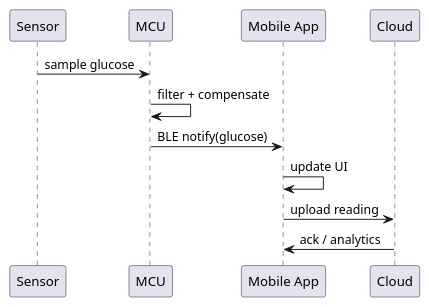
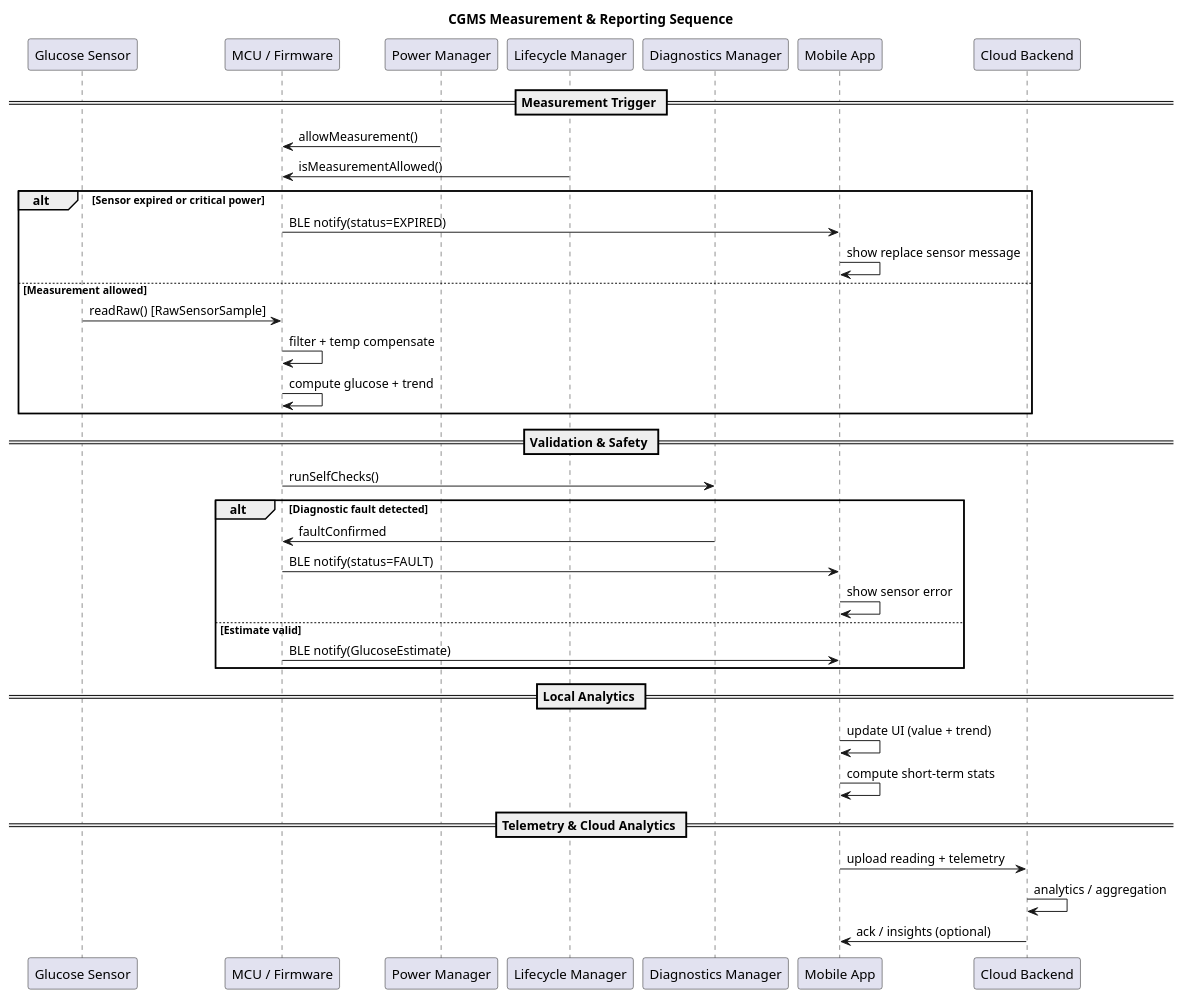
Before and after one commit to spothana/cgms: the diagram in documents/diagrams/uml/cgms_sequence.puml, drawn with PlantUML. The commit also changed 2 other files, not shown here.

```diff
--- a/documents/diagrams/uml/cgms_sequence.puml
+++ b/documents/diagrams/uml/cgms_sequence.puml
@@ -1,14 +1,44 @@
 @startuml cgms_sequence
-participant Sensor
-participant MCU
+title CGMS Measurement & Reporting Sequence
+
+participant "Glucose Sensor" as Sensor
+participant "MCU / Firmware" as MCU
+participant "Power Manager" as Power
+participant "Lifecycle Manager" as Life
+participant "Diagnostics Manager" as Diag
 participant "Mobile App" as App
-participant Cloud
+participant "Cloud Backend" as Cloud
 
-Sensor -> MCU : sample glucose
-MCU -> MCU : filter + compensate
-MCU -> App : BLE notify(glucose)
-App -> App : update UI
-App -> Cloud : upload reading
-Cloud -> App : ack / analytics
+== Measurement Trigger ==
+Power -> MCU : allowMeasurement()
+Life -> MCU : isMeasurementAllowed()
+
+alt Sensor expired or critical power
+    MCU -> App : BLE notify(status=EXPIRED)
+    App -> App : show replace sensor message
+else Measurement allowed
+    Sensor -> MCU : readRaw() [RawSensorSample]
+    MCU -> MCU : filter + temp compensate
+    MCU -> MCU : compute glucose + trend
+end
+
+== Validation & Safety ==
+MCU -> Diag : runSelfChecks()
+alt Diagnostic fault detected
+    Diag -> MCU : faultConfirmed
+    MCU -> App : BLE notify(status=FAULT)
+    App -> App : show sensor error
+else Estimate valid
+    MCU -> App : BLE notify(GlucoseEstimate)
+end
+
+== Local Analytics ==
+App -> App : update UI (value + trend)
+App -> App : compute short-term stats
+
+== Telemetry & Cloud Analytics ==
+App -> Cloud : upload reading + telemetry
+Cloud -> Cloud : analytics / aggregation
+Cloud -> App : ack / insights (optional)
 
 @enduml
```
